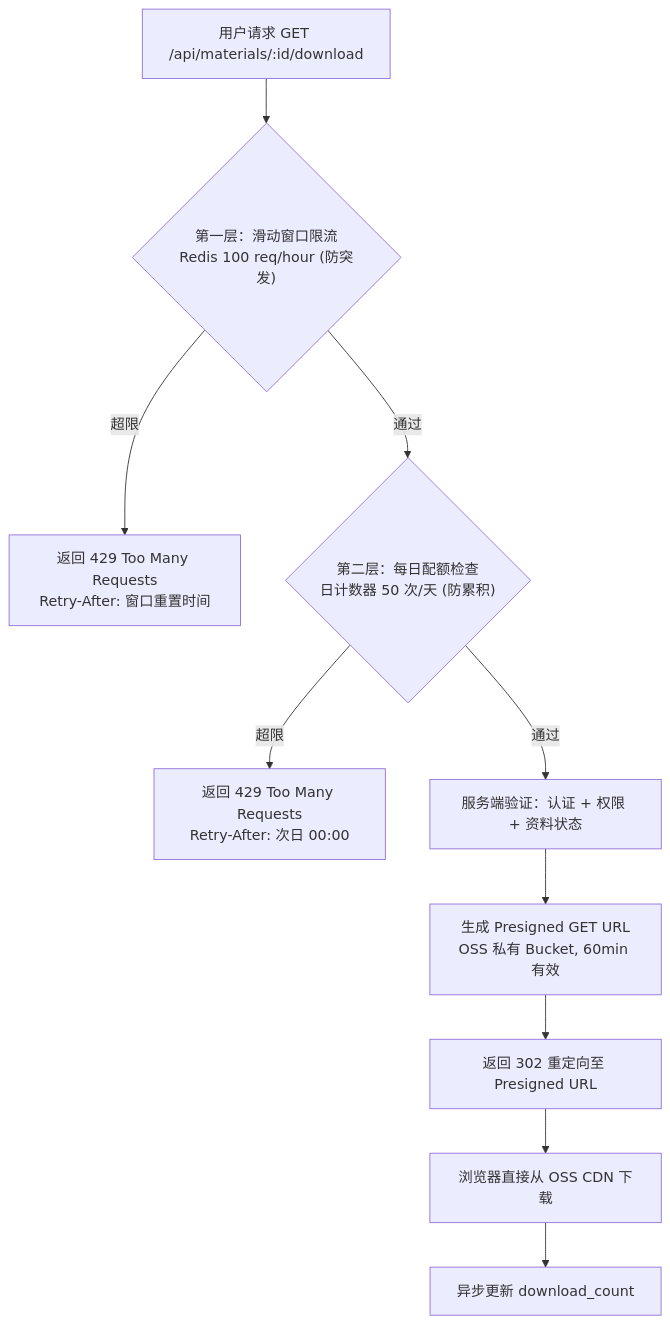
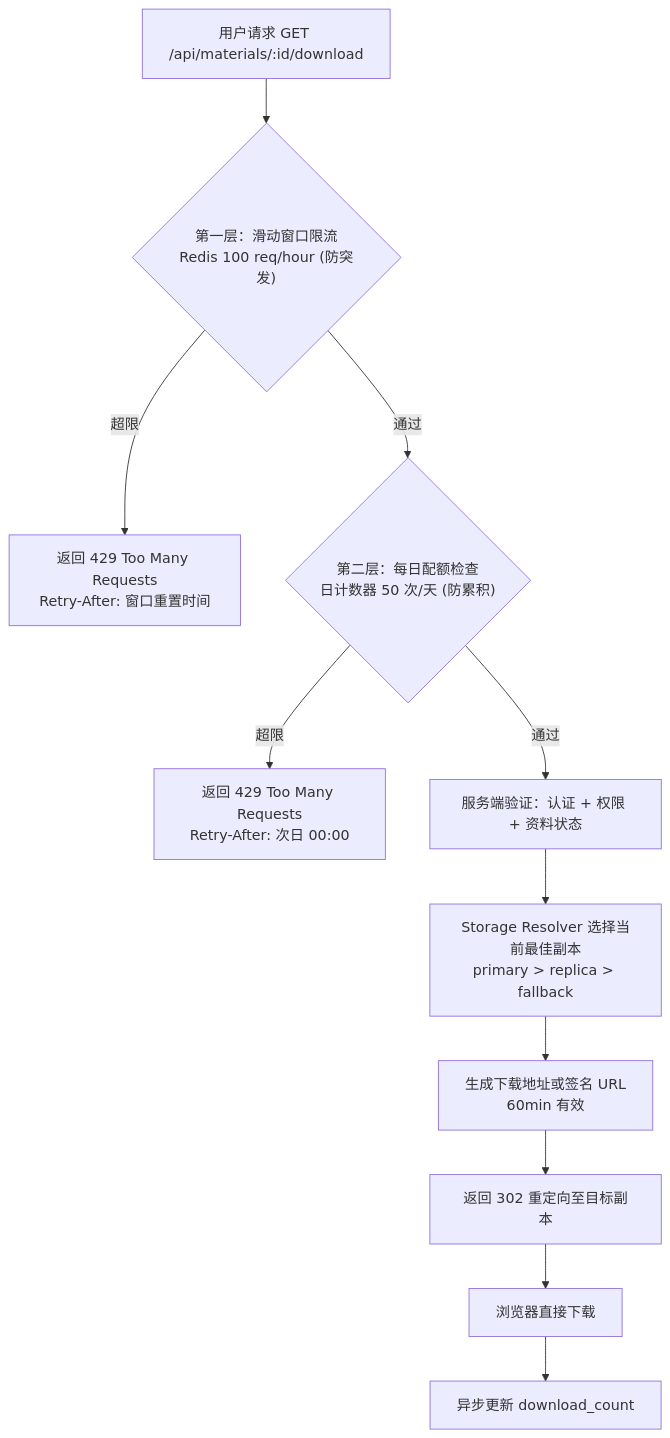
One commit to SCUStack/scustack changed the sixth of 11 diagrams in docs/ARCHITECTURE-技术架构.md. Above: the diagram before and after it, drawn with Mermaid. The commit also changed other lines of this file and 8 other files, not shown here.

````diff
--- a/docs/ARCHITECTURE-技术架构.md
+++ b/docs/ARCHITECTURE-技术架构.md
@@ -946,12 +1016,13 @@
 ```mermaid
 flowchart TD
     A["用户请求 GET /api/materials/:id/download"] --> B1{"第一层：滑动窗口限流<br/>Redis 100 req/hour (防突发)"}
     B1 -->|超限| B1a["返回 429 Too Many Requests<br/>Retry-After: 窗口重置时间"]
     B1 -->|通过| B2{"第二层：每日配额检查<br/>日计数器 50 次/天 (防累积)"}
     B2 -->|超限| B2a["返回 429 Too Many Requests<br/>Retry-After: 次日 00:00"]
     B2 -->|通过| C["服务端验证：认证 + 权限 + 资料状态"]
-    C --> D["生成 Presigned GET URL<br/>OSS 私有 Bucket, 60min 有效"]
-    D --> E["返回 302 重定向至 Presigned URL"]
-    E --> F["浏览器直接从 OSS CDN 下载"]
-    F --> G["异步更新 download_count"]
+    C --> D["Storage Resolver 选择当前最佳副本<br/>primary > replica > fallback"]
+    D --> E["生成下载地址或签名 URL<br/>60min 有效"]
+    E --> F["返回 302 重定向至目标副本"]
+    F --> G["浏览器直接下载"]
+    G --> H["异步更新 download_count"]
 ```
````
